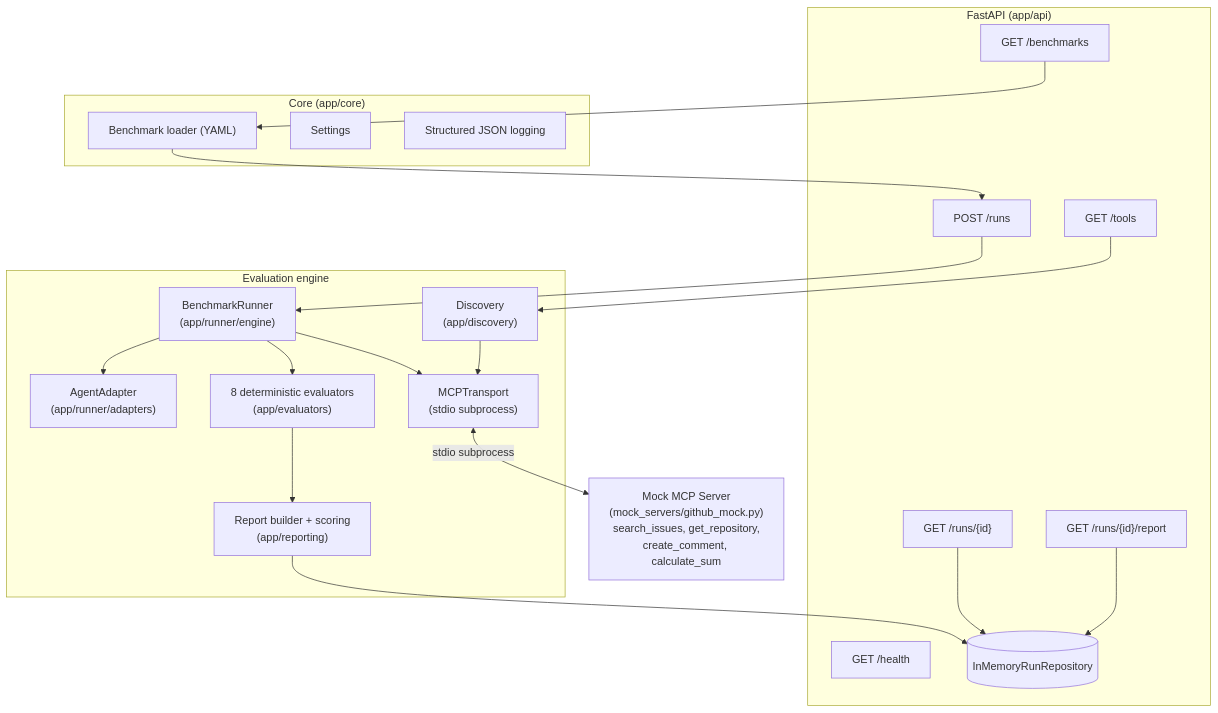
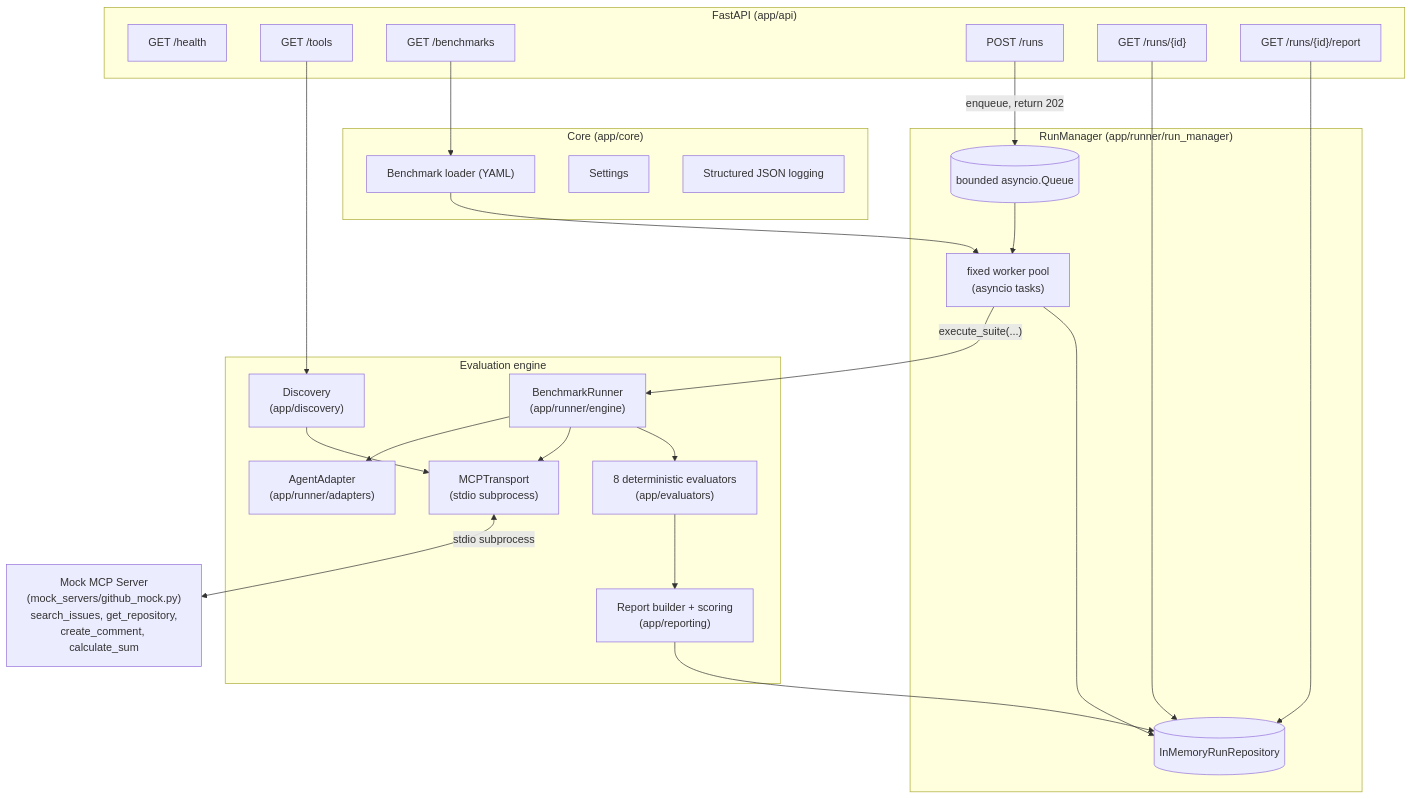
One commit to ArpanKumarM/agent-interop-bench changed the diagram in README.md. Above: the diagram before and after it, drawn with Mermaid. The commit also changed other lines of this file and 10 other files, not shown here.

````diff
--- a/README.md
+++ b/README.md
@@ -56,43 +56,51 @@
 ```mermaid
 flowchart TB
     subgraph API["FastAPI (app/api)"]
         H["GET /health"]
         T["GET /tools"]
         B["GET /benchmarks"]
         R1["POST /runs"]
         R2["GET /runs/{id}"]
         R3["GET /runs/{id}/report"]
+    end
+
+    subgraph RM["RunManager (app/runner/run_manager)"]
+        Queue[("bounded asyncio.Queue")]
+        Workers["fixed worker pool\n(asyncio tasks)"]
         Repo[("InMemoryRunRepository")]
     end
 
     subgraph Core["Core (app/core)"]
         Loader["Benchmark loader (YAML)"]
         Config["Settings"]
         Log["Structured JSON logging"]
     end
 
     subgraph Engine["Evaluation engine"]
         Discovery["Discovery\n(app/discovery)"]
         Adapter["AgentAdapter\n(app/runner/adapters)"]
         Runner["BenchmarkRunner\n(app/runner/engine)"]
         Transport["MCPTransport\n(stdio subprocess)"]
         Evaluators["8 deterministic evaluators\n(app/evaluators)"]
         Reporting["Report builder + scoring\n(app/reporting)"]
     end
 
     Mock["Mock MCP Server\n(mock_servers/github_mock.py)\nsearch_issues, get_repository,\ncreate_comment, calculate_sum"]
 
-    R1 --> Runner
-    Loader --> R1
+    R1 -->|"enqueue, return 202"| Queue
+    Queue --> Workers
+    Workers -->|"execute_suite(...)"| Runner
+    Loader --> Workers
     Runner --> Adapter
     Runner --> Transport
     Discovery --> Transport
     Transport <-->|stdio subprocess| Mock
     Runner --> Evaluators
     Evaluators --> Reporting
     Reporting --> Repo
+    Workers --> Repo
     R2 --> Repo
     R3 --> Repo
     T --> Discovery
     B --> Loader
 ```
````
